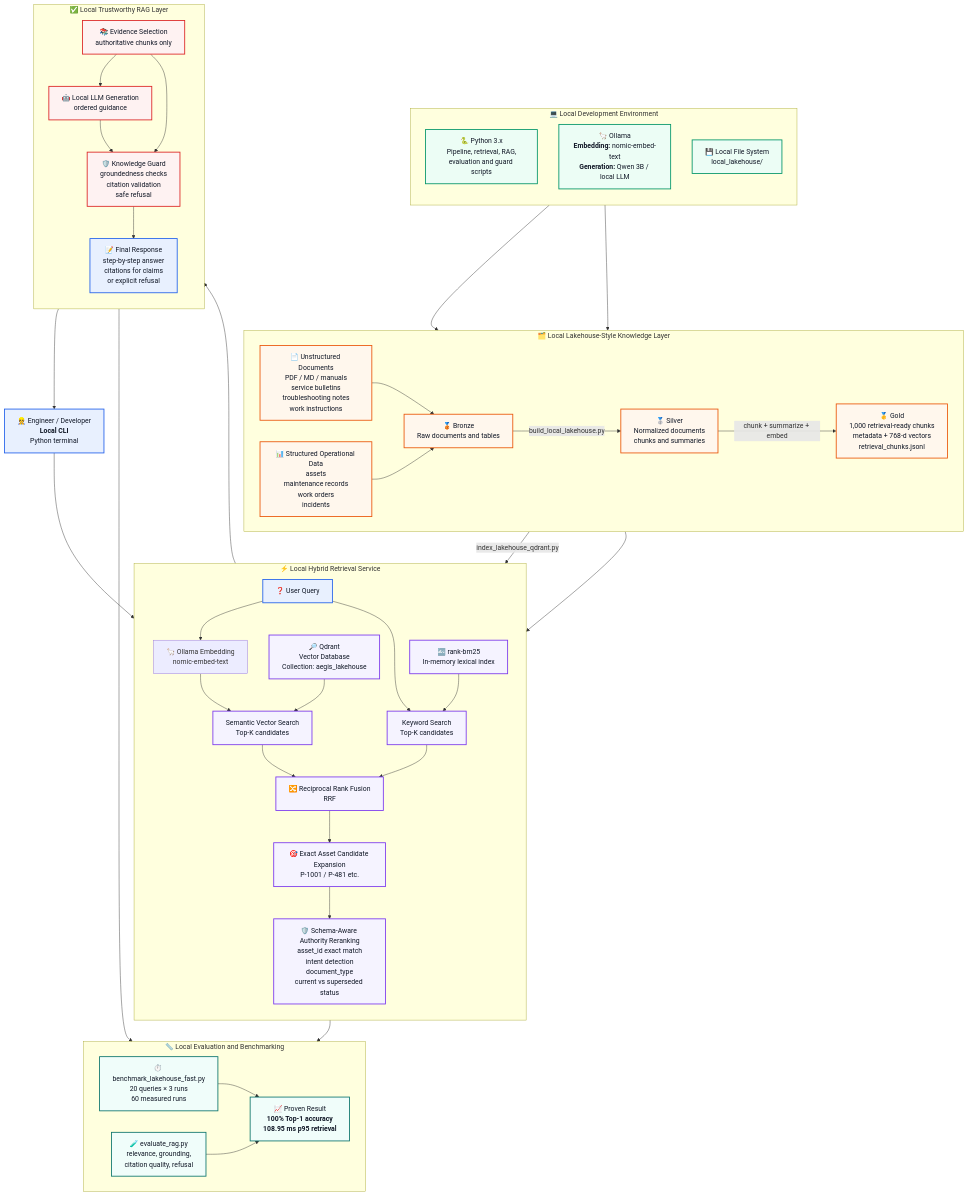
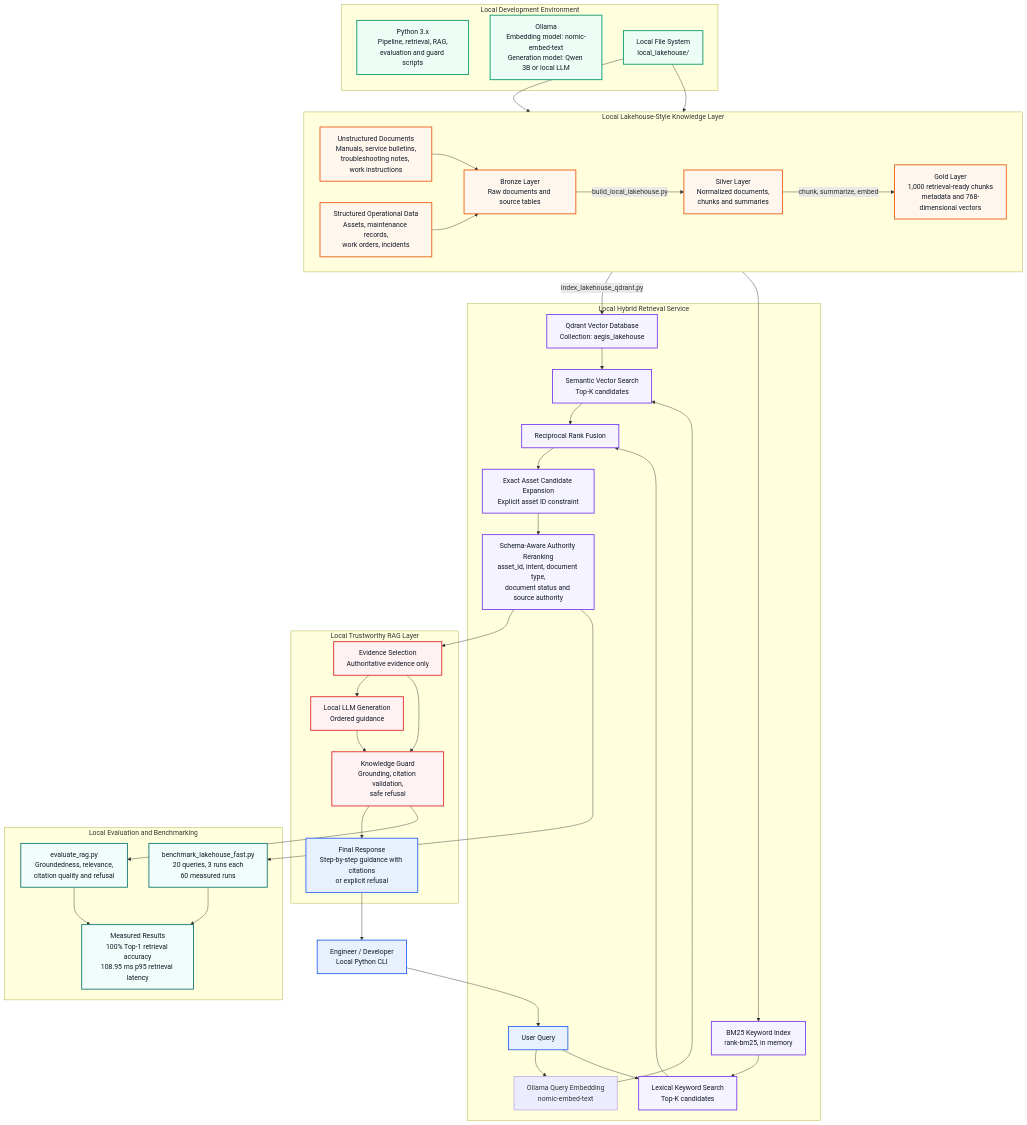
Before and after one commit to wakarimashita/mvp: the first of 2 diagrams in README.md, drawn with Mermaid. The commit also changed other lines of this file, not shown here.

Commit message:
Refactor README

````diff
--- a/README.md
+++ b/README.md
@@ -3,59 +3,55 @@
 ```mermaid
 flowchart TB
-    Engineer["👷 Engineer / Developer<br/><b>Local CLI</b><br/>Python terminal"]
+    Engineer["Engineer / Developer<br/>Local Python CLI"]
 
-    subgraph DevEnvironment["💻 Local Development Environment"]
-        direction TB
+    subgraph LocalEnvironment["Local Development Environment"]
+        Python["Python 3.x<br/>Pipeline, retrieval, RAG,<br/>evaluation and guard scripts"]
 
-        Python["🐍 Python 3.x<br/>Pipeline, retrieval, RAG,<br/>evaluation and guard scripts"]
+        Ollama["Ollama<br/>Embedding model: nomic-embed-text<br/>Generation model: Qwen 3B or local LLM"]
 
-        Ollama["🦙 Ollama<br/><b>Embedding:</b> nomic-embed-text<br/><b>Generation:</b> Qwen 3B / local LLM"]
-
-        Filesystem["💾 Local File System<br/>local_lakehouse/"]
+        FileSystem["Local File System<br/>local_lakehouse/"]
     end
 
-    subgraph DataLayer["🗂️ Local Lakehouse-Style Knowledge Layer"]
+    subgraph Lakehouse["Local Lakehouse-Style Knowledge Layer"]
         direction LR
 
-        RawDocs["📄 Unstructured Documents<br/>PDF / MD / manuals<br/>service bulletins<br/>troubleshooting notes<br/>work instructions"]
+        RawDocuments["Unstructured Documents<br/>Manuals, service bulletins,<br/>troubleshooting notes, work instructions"]
 
-        StructuredData["📊 Structured Operational Data<br/>assets<br/>maintenance records<br/>work orders<br/>incidents"]
+        StructuredData["Structured Operational Data<br/>Assets, maintenance records,<br/>work orders, incidents"]
 
-        Bronze["🥉 Bronze<br/>Raw documents and tables"]
+        Bronze["Bronze Layer<br/>Raw documents and source tables"]
 
-        Silver["🥈 Silver<br/>Normalized documents<br/>chunks and summaries"]
+        Silver["Silver Layer<br/>Normalized documents,<br/>chunks and summaries"]
 
-        Gold["🥇 Gold<br/>1,000 retrieval-ready chunks<br/>metadata + 768-d vectors<br/>retrieval_chunks.jsonl"]
+        Gold["Gold Layer<br/>1,000 retrieval-ready chunks<br/>metadata and 768-dimensional vectors"]
 
-        RawDocs --> Bronze
+        RawDocuments --> Bronze
         StructuredData --> Bronze
         Bronze -->|"build_local_lakehouse.py"| Silver
-        Silver -->|"chunk + summarize + embed"| Gold
+        Silver -->|"chunk, summarize, embed"| Gold
     end
 
-    subgraph RetrievalService["⚡ Local Hybrid Retrieval Service"]
-        direction TB
+    subgraph Retrieval["Local Hybrid Retrieval Service"]
+        Query["User Query"]
 
-        Query["❓ User Query"]
+        QueryEmbedding["Ollama Query Embedding<br/>nomic-embed-text"]
 
-        EmbedQuery["🦙 Ollama Embedding<br/>nomic-embed-text"]
+        Qdrant["Qdrant Vector Database<br/>Collection: aegis_lakehouse"]
 
-        Qdrant["🔎 Qdrant<br/>Vector Database<br/>Collection: aegis_lakehouse"]
-
-        BM25["🔤 rank-bm25<br/>In-memory lexical index"]
+        BM25["BM25 Keyword Index<br/>rank-bm25, in memory"]
 
         VectorSearch["Semantic Vector Search<br/>Top-K candidates"]
 
-        KeywordSearch["Keyword Search<br/>Top-K candidates"]
+        KeywordSearch["Lexical Keyword Search<br/>Top-K candidates"]
 
-        RRF["🔀 Reciprocal Rank Fusion<br/>RRF"]
+        RRF["Reciprocal Rank Fusion"]
 
-        AssetExpansion["🎯 Exact Asset Candidate Expansion<br/>P-1001 / P-481 etc."]
+        AssetExpansion["Exact Asset Candidate Expansion<br/>Explicit asset ID constraint"]
 
-        AuthorityRerank["🛡️ Schema-Aware Authority Reranking<br/>asset_id exact match<br/>intent detection<br/>document_type<br/>current vs superseded status"]
+        AuthorityRerank["Schema-Aware Authority Reranking<br/>asset_id, intent, document type,<br/>document status and source authority"]
 
-        Query --> EmbedQuery
-        EmbedQuery --> VectorSearch
+        Query --> QueryEmbedding
+        QueryEmbedding --> VectorSearch
         Qdrant --> VectorSearch
 
         Query --> KeywordSearch
@@ -67,46 +63,43 @@
         AssetExpansion --> AuthorityRerank
     end
 
-    subgraph TrustworthyRAG["✅ Local Trustworthy RAG Layer"]
-        direction TB
+    subgraph RAG["Local Trustworthy RAG Layer"]
+        Evidence["Evidence Selection<br/>Authoritative evidence only"]
 
-        Evidence["📚 Evidence Selection<br/>authoritative chunks only"]
+        Generation["Local LLM Generation<br/>Ordered guidance"]
 
-        Generator["🤖 Local LLM Generation<br/>ordered guidance"]
+        Guard["Knowledge Guard<br/>Grounding, citation validation,<br/>safe refusal"]
 
-        Guard["🛡️ Knowledge Guard<br/>groundedness checks<br/>citation validation<br/>safe refusal"]
+        Response["Final Response<br/>Step-by-step guidance with citations<br/>or explicit refusal"]
 
-        CitedAnswer["📝 Final Response<br/>step-by-step answer<br/>citations for claims<br/>or explicit refusal"]
-
-        Evidence --> Generator
-        Generator --> Guard
+        Evidence --> Generation
         Evidence --> Guard
-        Guard --> CitedAnswer
+        Generation --> Guard
+        Guard --> Response
     end
 
-    subgraph Evaluation["📏 Local Evaluation and Benchmarking"]
-        direction LR
+    subgraph Evaluation["Local Evaluation and Benchmarking"]
+        RetrievalBenchmark["benchmark_lakehouse_fast.py<br/>20 queries, 3 runs each<br/>60 measured runs"]
 
-        FastBenchmark["⏱️ benchmark_lakehouse_fast.py<br/>20 queries × 3 runs<br/>60 measured runs"]
+        RAGEvaluation["evaluate_rag.py<br/>Groundedness, relevance,<br/>citation quality and refusal"]
 
-        RAGEvaluation["🧪 evaluate_rag.py<br/>relevance, grounding,<br/>citation quality, refusal"]
+        Results["Measured Results<br/>100% Top-1 retrieval accuracy<br/>108.95 ms p95 retrieval latency"]
 
-        Results["📈 Proven Result<br/><b>100% Top-1 accuracy</b><br/><b>108.95 ms p95 retrieval</b>"]
+        RetrievalBenchmark --> Results
+        RAGEvaluation --> Results
     end
 
-    Filesystem --> Bronze
-    Filesystem --> StructuredData
+    FileSystem --> Bronze
+    FileSystem --> StructuredData
     Gold -->|"index_lakehouse_qdrant.py"| Qdrant
     Gold --> BM25
 
     Engineer --> Query
     AuthorityRerank --> Evidence
-    CitedAnswer --> Engineer
+    Response --> Engineer
 
-    AuthorityRerank --> FastBenchmark
+    AuthorityRerank --> RetrievalBenchmark
     Guard --> RAGEvaluation
-    FastBenchmark --> Results
-    RAGEvaluation --> Results
 
     classDef user fill:#E8F0FE,stroke:#2563EB,color:#111827,stroke-width:2px;
     classDef local fill:#ECFDF5,stroke:#059669,color:#111827,stroke-width:2px;
@@ -115,10 +108,10 @@
     classDef guard fill:#FEF2F2,stroke:#DC2626,color:#111827,stroke-width:2px;
     classDef metric fill:#F0FDFA,stroke:#0F766E,color:#111827,stroke-width:2px;
 
-    class Engineer,Query,CitedAnswer user;
-    class Python,Ollama,Filesystem local;
-    class RawDocs,StructuredData,Bronze,Silver,Gold data;
+    class Engineer,Query,Response user;
+    class Python,Ollama,FileSystem local;
+    class RawDocuments,StructuredData,Bronze,Silver,Gold data;
     class Qdrant,BM25,VectorSearch,KeywordSearch,RRF,AssetExpansion,AuthorityRerank search;
-    class Evidence,Generator,Guard guard;
-    class FastBenchmark,RAGEvaluation,Results metric;
+    class Evidence,Generation,Guard guard;
+    class RetrievalBenchmark,RAGEvaluation,Results metric;
 ```
````
